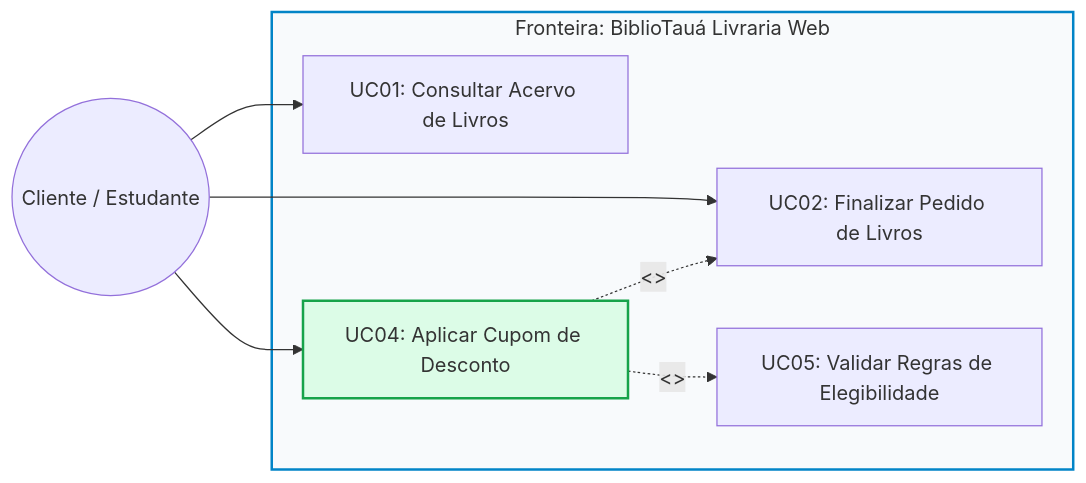
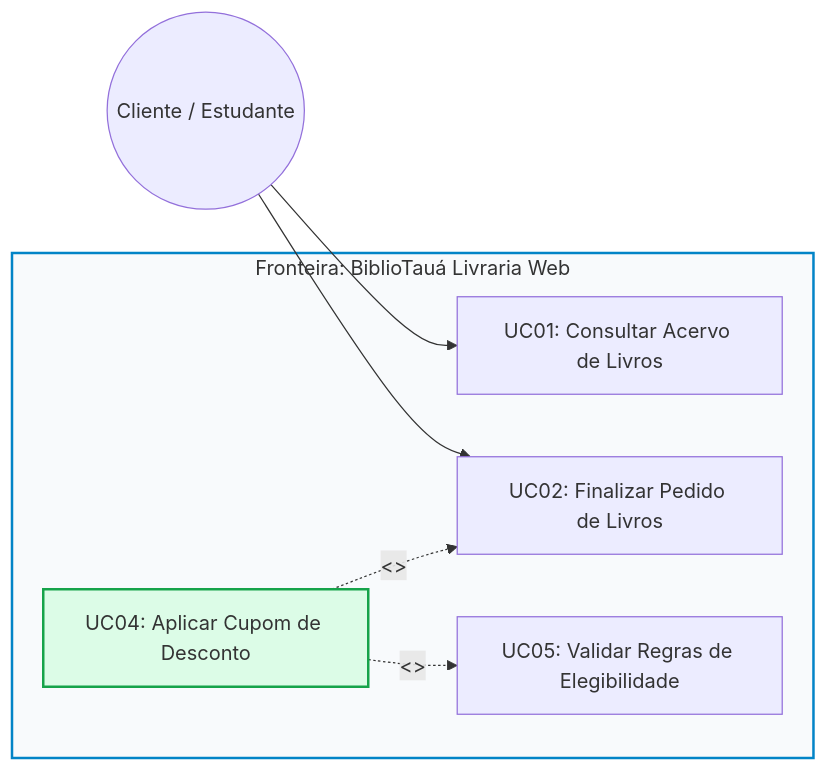
Before and after one commit to reginaldo-pf/reginaldo-pf.github.io: the first of 2 diagrams in Cursos/Técnico em Informática para Internet/Disciplinas/Engenharia de Software/Aulas/Aula_24/guia_desenvolvedor.md, drawn with Mermaid. The commit also changed other lines of this file and 2 other files, not shown here.

````diff
--- a/Cursos/Técnico em Informática para Internet/Disciplinas/Engenharia de Software/Aulas/Aula_24/guia_desenvolvedor.md
+++ b/Cursos/Técnico em Informática para Internet/Disciplinas/Engenharia de Software/Aulas/Aula_24/guia_desenvolvedor.md
@@ -45,20 +45,19 @@
 ```mermaid
 graph LR
     subgraph BiblioTaua["Fronteira: BiblioTauá Livraria Web"]
         UC01["UC01: Consultar Acervo de Livros"]
         UC02["UC02: Finalizar Pedido de Livros"]
         UC04["UC04: Aplicar Cupom de Desconto"]
         UC05["UC05: Validar Regras de Elegibilidade"]
     end
 
     Cliente((Cliente / Estudante))
 
     Cliente --> UC01
     Cliente --> UC02
-    Cliente --> UC04
     UC04 -. "<<extend>>" .-> UC02
     UC04 -. "<<include>>" .-> UC05
 
     style UC04 fill:#dcfce7,stroke:#16a34a,stroke-width:2px
     style BiblioTaua fill:#f8fafc,stroke:#0284c7,stroke-width:2px
 ```
````
